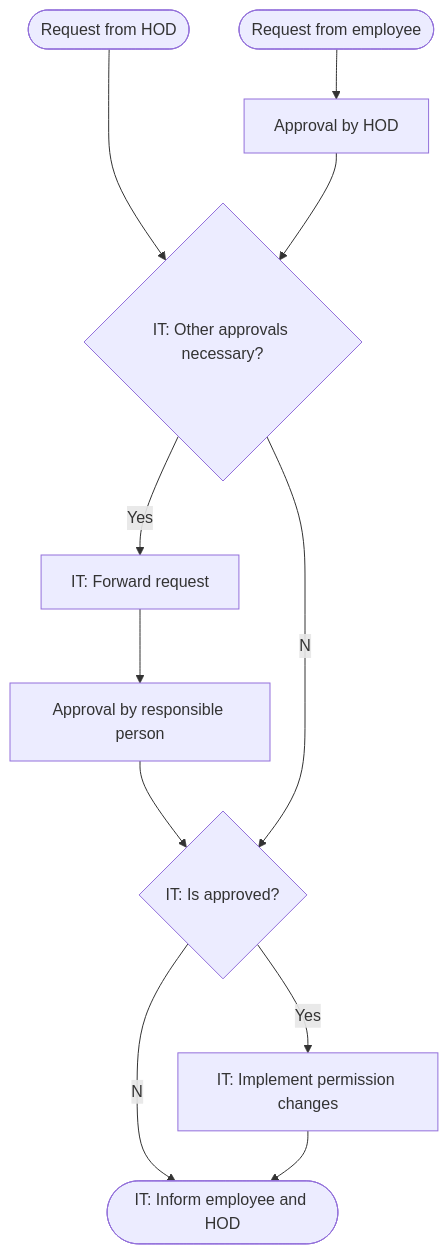
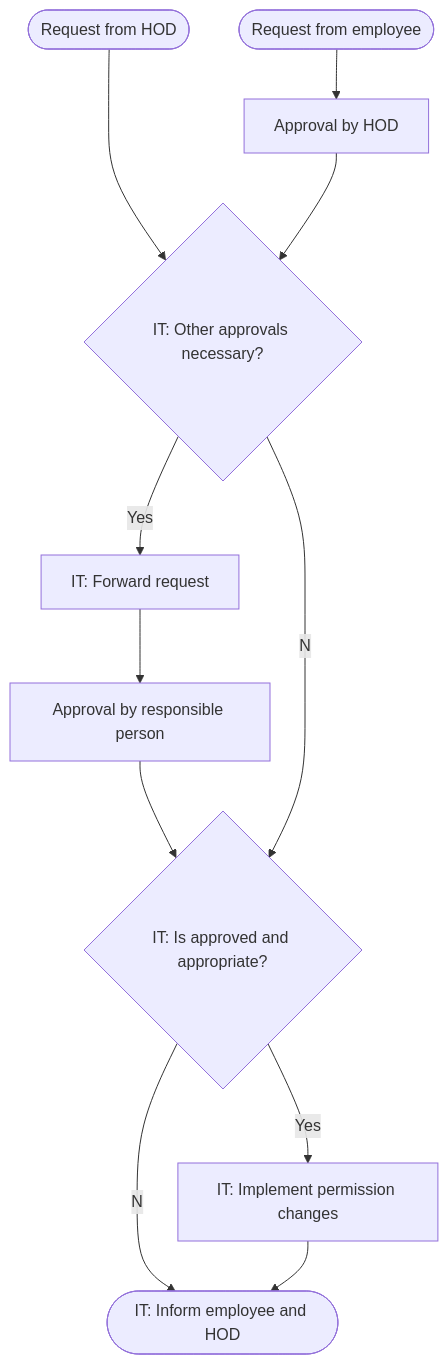
Before and after one commit to Karaka-Management/Organization-Guide: the diagram in Policies & Guidelines/IT/Permission Change Management.md, drawn with Mermaid.

Commit message:
Update Permission Change Management.md

````diff
--- a/Policies & Guidelines/IT/Permission Change Management.md
+++ b/Policies & Guidelines/IT/Permission Change Management.md
@@ -9,13 +9,13 @@
 ```mermaid
 graph TD;
   REQUEST_HOD([Request from HOD])--->IT_CHECKS{IT: Other approvals necessary?};
   REQUEST_STAFF([Request from employee])-->APPROVAL_HOD[Approval by HOD];
   APPROVAL_HOD-->IT_CHECKS;
   IT_CHECKS--Yes-->FORWARD[IT: Forward request];
   FORWARD-->APPROVAL_RESPONSIBLE[Approval by responsible person];
-  APPROVAL_RESPONSIBLE-->VALIDATE{IT: Is approved?};
+  APPROVAL_RESPONSIBLE-->VALIDATE{IT: Is approved and appropriate?};
   IT_CHECKS--No-->VALIDATE;
   VALIDATE--Yes-->IMPLEMENT[IT: Implement permission changes];
   VALIDATE--No-->INFORM([IT: Inform employee and HOD]);
   IMPLEMENT-->INFORM;
 ```
````
